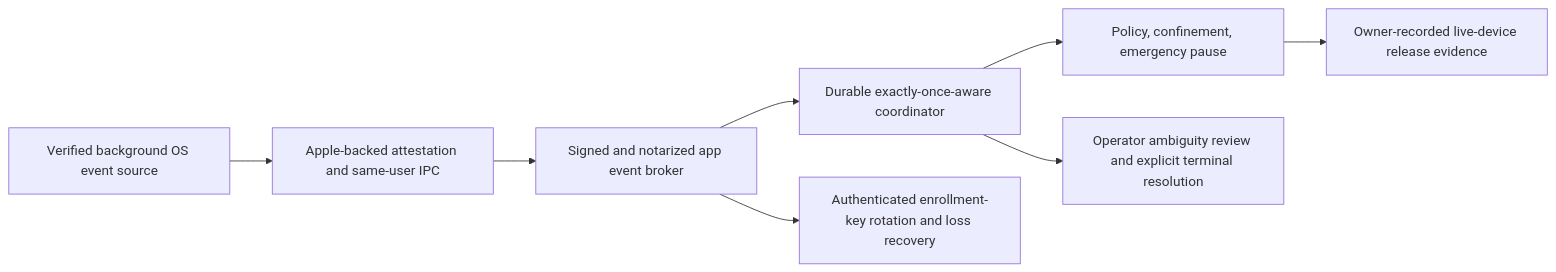
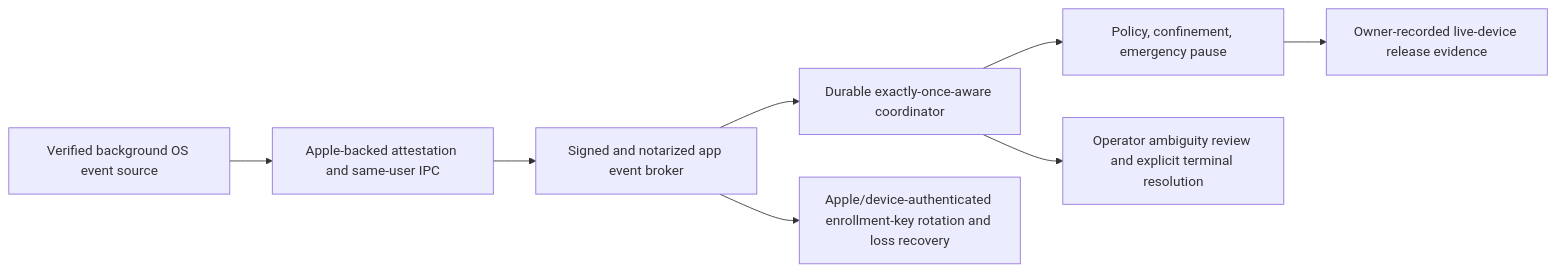
Before and after one commit to malak333/Assemblywright: the second of 6 diagrams in docs/architecture-map.md, drawn with Mermaid. The commit also changed other lines of this file and 18 other files, not shown here.

Commit message:
Add trusted wake key recovery

````diff
--- a/docs/architecture-map.md
+++ b/docs/architecture-map.md
@@ -28,10 +37,10 @@
 ```mermaid
 flowchart LR
   O["Verified background OS event source"] --> AT["Apple-backed attestation and same-user IPC"]
   AT --> E["Signed and notarized app event broker"]
   E --> F["Durable exactly-once-aware coordinator"]
-  E --> RK["Authenticated enrollment-key rotation and loss recovery"]
+  E --> RK["Apple/device-authenticated enrollment-key rotation and loss recovery"]
   F --> P["Policy, confinement, emergency pause"]
   F --> AR["Operator ambiguity review and explicit terminal resolution"]
   P --> EV["Owner-recorded live-device release evidence"]
 ```
````
